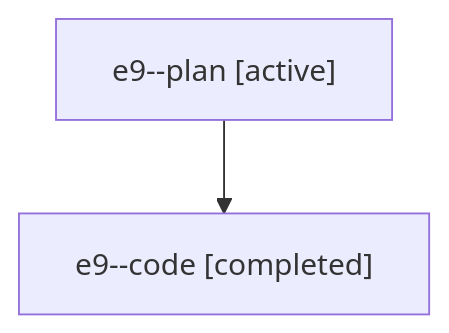
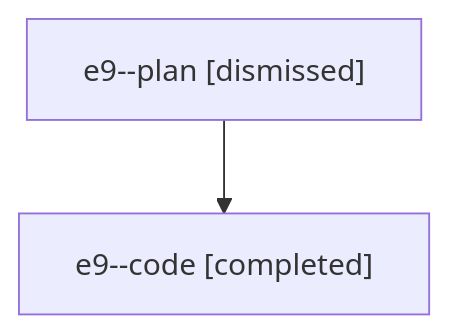
One commit to sase-org/sase--agents changed the diagram in sessions/bbugyi200.athena.e9.md. Above: the diagram before and after it, drawn with Mermaid. The commit also changed other lines of this file and 31 other files, not shown here.

````diff
--- a/sessions/bbugyi200.athena.e9.md
+++ b/sessions/bbugyi200.athena.e9.md
@@ -9,6 +9,6 @@
 ```mermaid
 flowchart TD
-  n0["e9--plan [active]"]
+  n0["e9--plan [dismissed]"]
   n1["e9--code [completed]"]
   n0 --> n1
 ```
````
